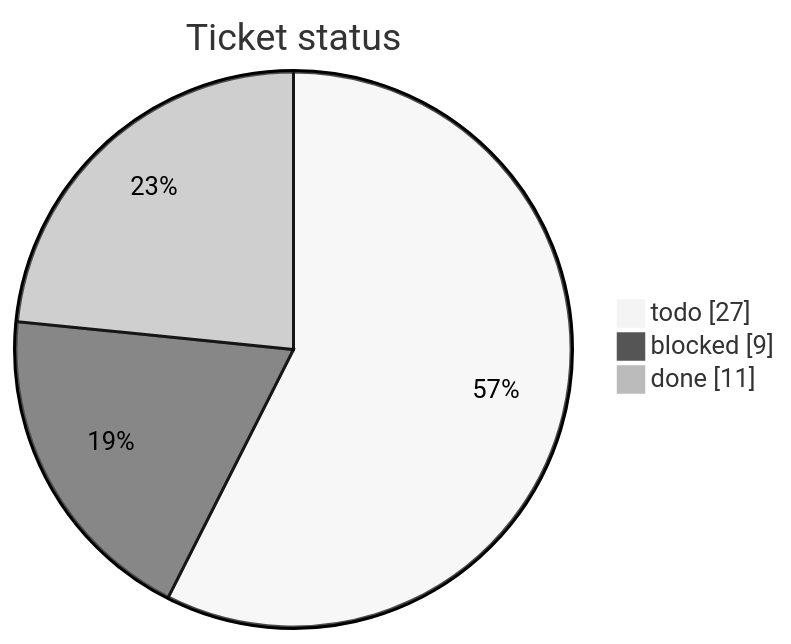
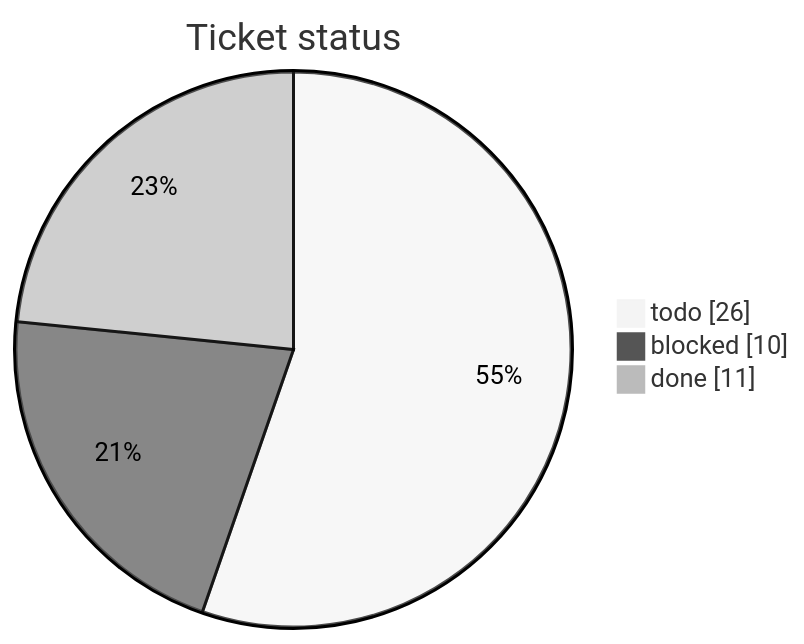
The first of 3 diagrams in tickets/TICKETS.md (mohamed-soubhi/bootlab-esp), drawn with Mermaid (neutral theme) before and after one commit. The commit also changed other lines of this file and 8 other files, not shown here.

````diff
--- a/tickets/TICKETS.md
+++ b/tickets/TICKETS.md
@@ -10,6 +10,6 @@
 ```mermaid
 pie showData title Ticket status
-    "todo" : 27
-    "blocked" : 9
+    "todo" : 26
+    "blocked" : 10
     "done" : 11
 ```
````
